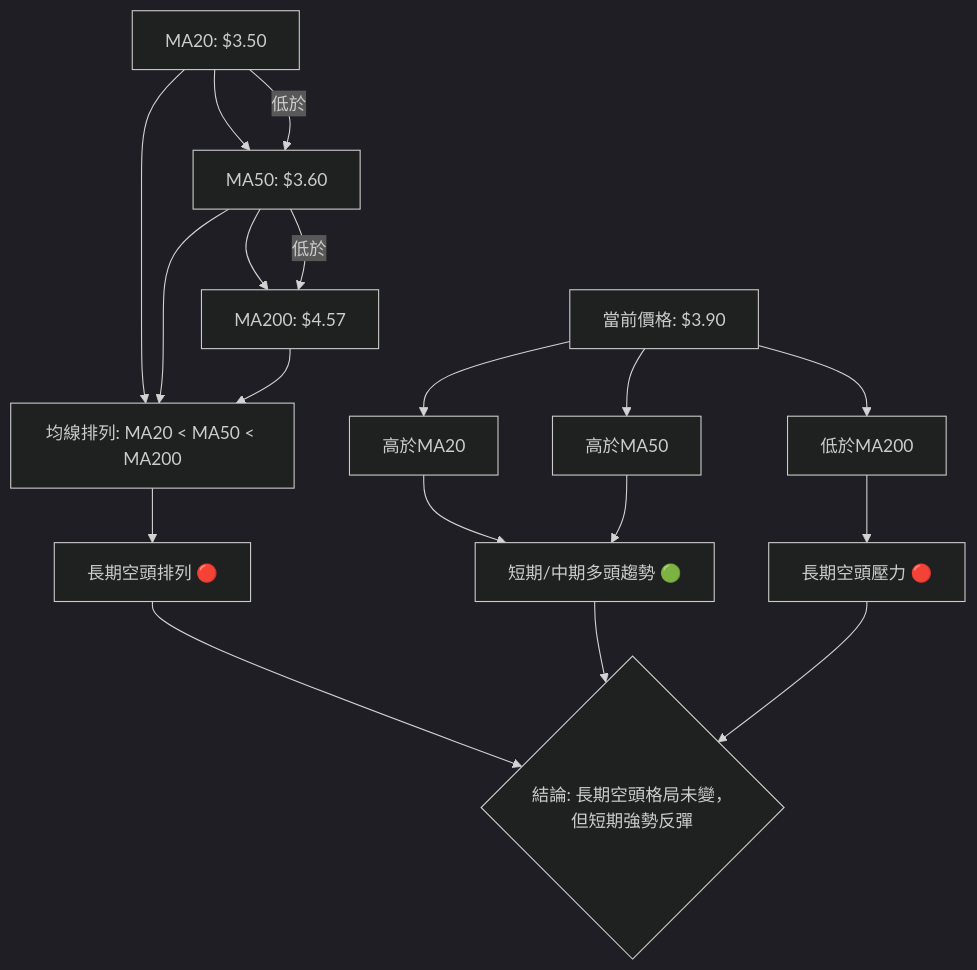
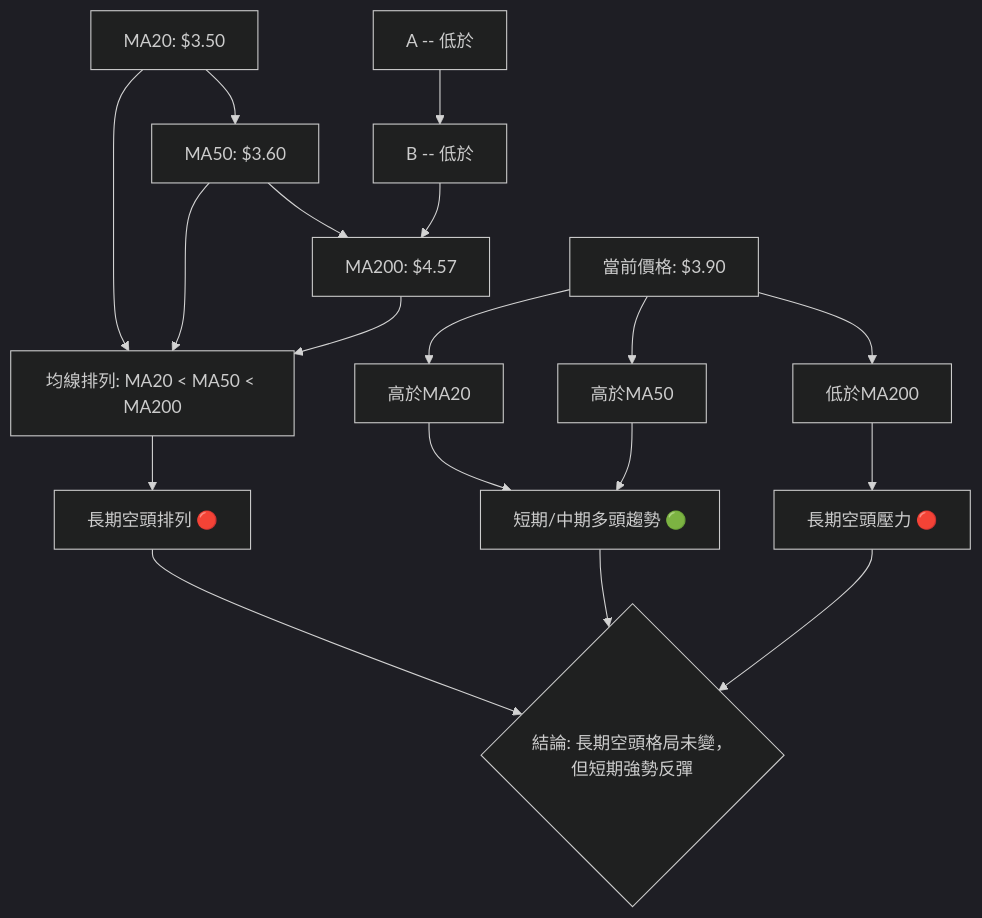
Before and after one commit to yennanliu/finance_data: the seventh of 10 diagrams in ai_gen_report/stock/grab/technical_analysis_2026-07-02_gemini.md, drawn with Mermaid (dark theme). The commit also changed other lines of this file and 2258 other files, not shown here.

First line of the commit message:
chore: backfill Mermaid syntax repair across existing reports

````diff
--- a/ai_gen_report/stock/grab/technical_analysis_2026-07-02_gemini.md
+++ b/ai_gen_report/stock/grab/technical_analysis_2026-07-02_gemini.md
@@ -423,15 +423,15 @@
 ```mermaid
 graph TD
-    A[MA20: $3.50] --> B[MA50: $3.60]
-    B --> C[MA200: $4.57]
-    A -- 低於 --> B -- 低於 --> C
-    D[當前價格: $3.90]
-    D --> E[高於MA20]
-    D --> F[高於MA50]
-    D --> G[低於MA200]
-    A & B & C --> H[均線排列: MA20 < MA50 < MA200]
-    H --> I[長期空頭排列 🔴]
-    E & F --> J[短期/中期多頭趨勢 🟢]
-    G --> K[長期空頭壓力 🔴]
-    I & J & K --> L{結論: 長期空頭格局未變，但短期強勢反彈}
+    A["MA20: $3.50"] --> B["MA50: $3.60"]
+    B --> C["MA200: $4.57"]
+    nb1["A -- 低於"] --> nb2["B -- 低於"] --> C
+    D["當前價格: $3.90"]
+    D --> E["高於MA20"]
+    D --> F["高於MA50"]
+    D --> G["低於MA200"]
+    A & B & C --> H["均線排列: MA20 < MA50 < MA200"]
+    H --> I["長期空頭排列 🔴"]
+    E & F --> J["短期/中期多頭趨勢 🟢"]
+    G --> K["長期空頭壓力 🔴"]
+    I & J & K --> L{"結論: 長期空頭格局未變，但短期強勢反彈"}
 ```
````
